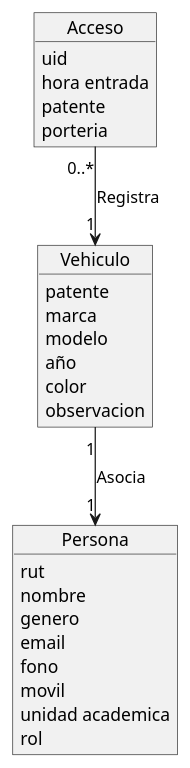
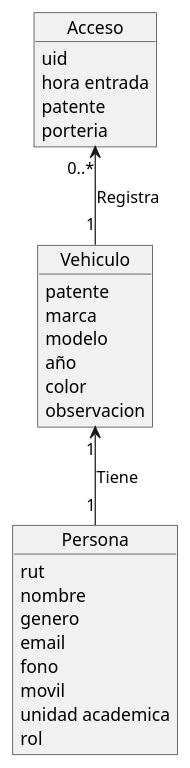
One commit to patoarayas/ucn-parking changed the diagram in domain-diagram.plantuml. Above: the diagram before and after it, drawn with PlantUML.

Commit message:
docs(domain): update plantuml domain diagram

```diff
--- a/domain-diagram.plantuml
+++ b/domain-diagram.plantuml
@@ -1,35 +1,35 @@
 @startuml diagram
 
 object Persona {
 
  rut
  nombre
  genero
  email
  fono
  movil
  unidad academica
  rol
 }
 
 object Vehiculo {
 
  patente
  marca
  modelo
  año
  color
  observacion
 
 }
 
 object Acceso {
  uid
  hora entrada
  patente
  porteria
 }
 
-Acceso "0..*" --> "1" Vehiculo: Registra
-Vehiculo "1" --> "1" Persona: Asocia
+Acceso "0..*" <-- "1" Vehiculo: Registra
+Vehiculo "1" <-- "1" Persona: Tiene
 @enduml
```
